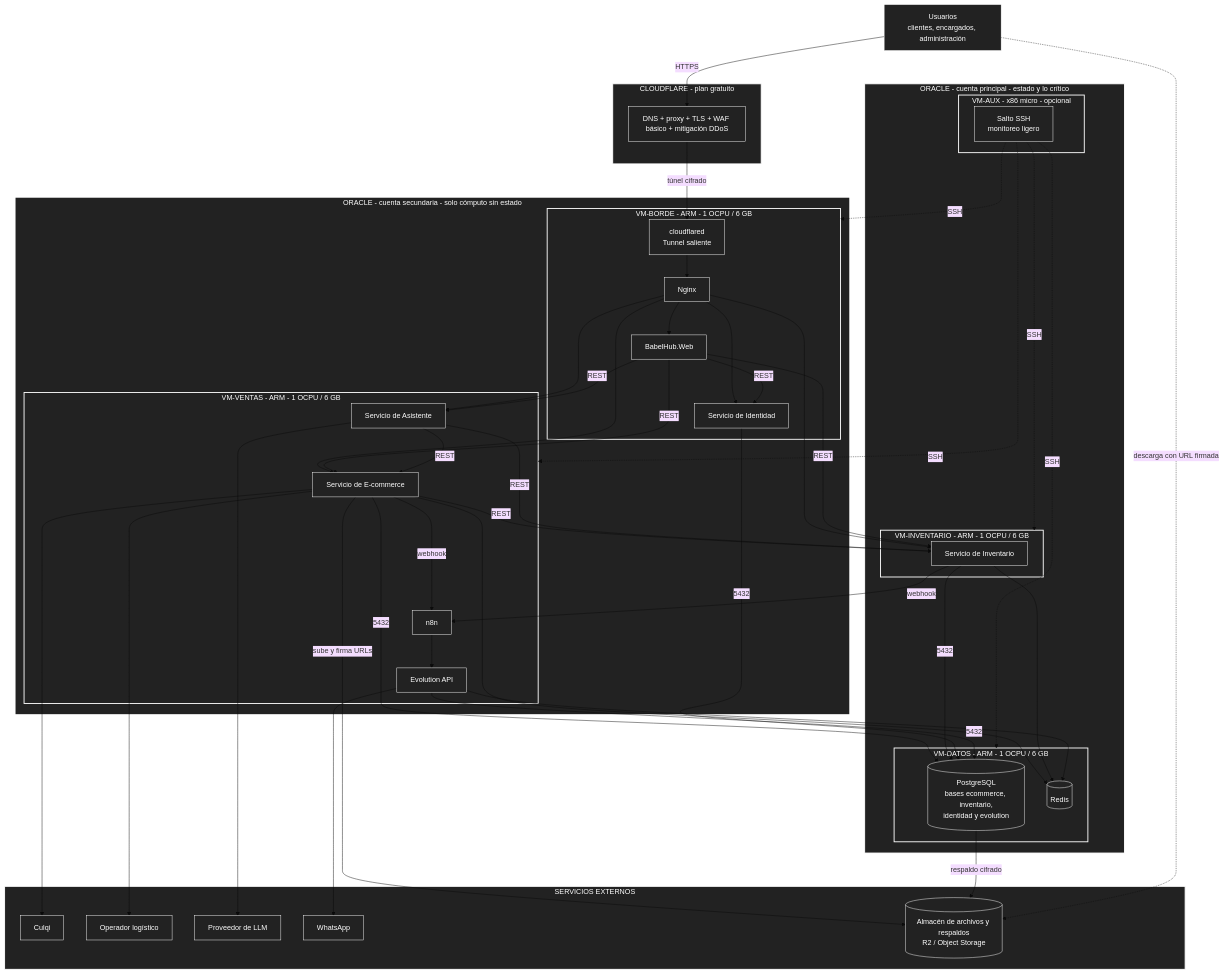
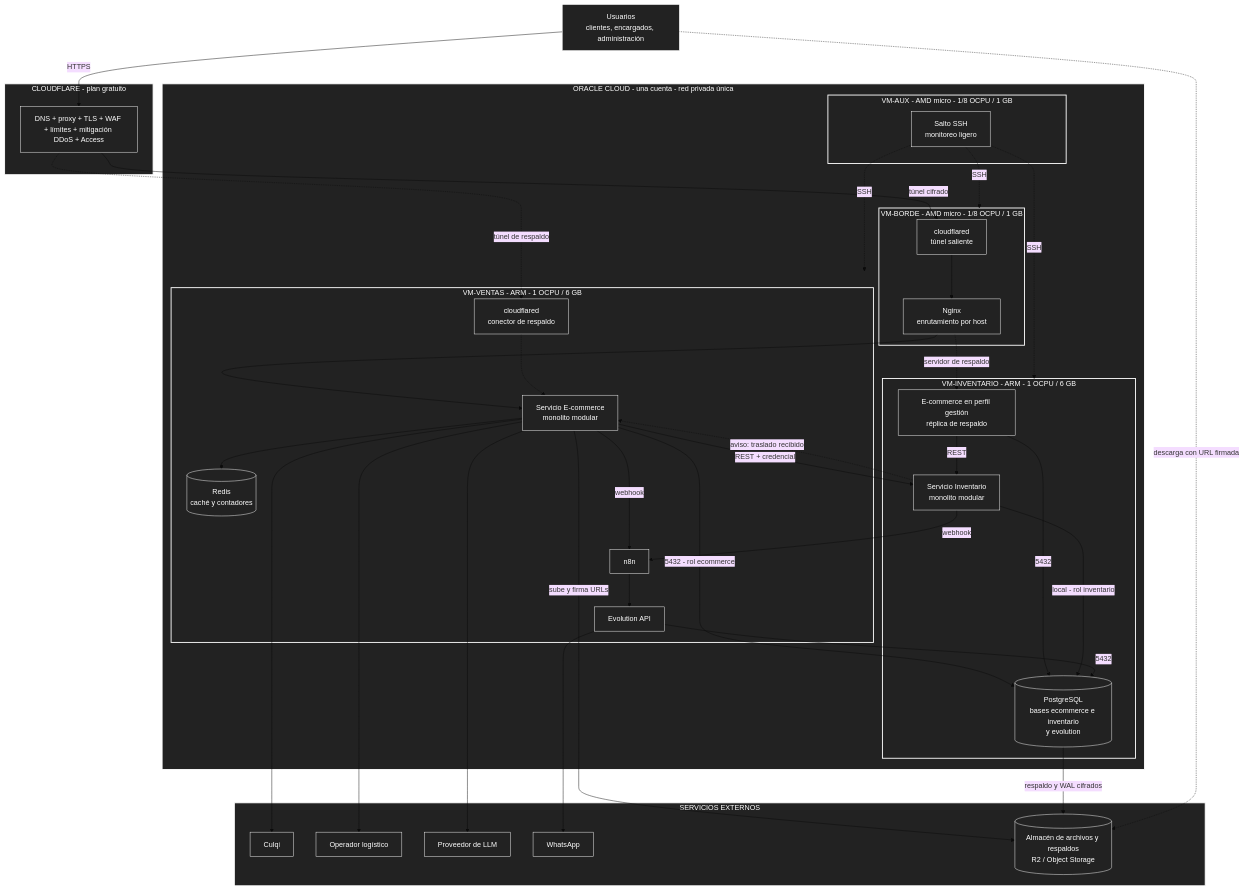
One commit to P35C4D0R4B1050/BabelHub changed the diagram in docs/02-arquitectura-de-software/05-despliegue.md. Above: the diagram before and after it, drawn with Mermaid (base theme). The commit also changed other lines of this file and 34 other files, not shown here.

First line of the commit message:
docs: reformulate the architecture around two modular services and six quality attributes

```diff
--- a/docs/02-arquitectura-de-software/05-despliegue.md
+++ b/docs/02-arquitectura-de-software/05-despliegue.md
@@ -51,33 +40,27 @@
 USR["Usuarios<br/>clientes, encargados, administración"]
 
 subgraph CF["CLOUDFLARE - plan gratuito"]
-CFE["DNS + proxy + TLS + WAF básico + mitigación DDoS"]
+CFE["DNS + proxy + TLS + WAF + límites + mitigación DDoS + Access"]
 end
 
-subgraph SEC["ORACLE - cuenta secundaria - solo cómputo sin estado"]
-subgraph BOR["VM-BORDE - ARM - 1 OCPU / 6 GB"]
-CFD["cloudflared<br/>Tunnel saliente"]
-NGX["Nginx"]
-WEB["BabelHub.Web"]
-IDE["Servicio de Identidad"]
+subgraph OCI["ORACLE CLOUD - una cuenta - red privada única"]
+subgraph BOR["VM-BORDE - AMD micro - 1/8 OCPU / 1 GB"]
+CFD["cloudflared<br/>túnel saliente"]
+NGX["Nginx<br/>enrutamiento por host"]
 end
 subgraph VEN["VM-VENTAS - ARM - 1 OCPU / 6 GB"]
-ECO["Servicio de E-commerce"]
-ASI["Servicio de Asistente"]
+ECO["Servicio E-commerce<br/>monolito modular"]
+RED[("Redis<br/>caché y contadores")]
 N8N["n8n"]
 EVO["Evolution API"]
+CFD2["cloudflared<br/>conector de respaldo"]
 end
+subgraph INVM["VM-INVENTARIO - ARM - 1 OCPU / 6 GB"]
+INV["Servicio Inventario<br/>monolito modular"]
+GES["E-commerce en perfil gestión<br/>réplica de respaldo"]
+PG[("PostgreSQL<br/>bases ecommerce e inventario<br/>y evolution")]
 end
-
-subgraph PRI["ORACLE - cuenta principal - estado y lo crítico"]
-subgraph INVM["VM-INVENTARIO - ARM - 1 OCPU / 6 GB"]
-INV["Servicio de Inventario"]
-end
-subgraph DAT["VM-DATOS - ARM - 1 OCPU / 6 GB"]
-PG[("PostgreSQL<br/>bases ecommerce, inventario,<br/>identidad y evolution")]
-RED[("Redis")]
-end
-subgraph AUX["VM-AUX - x86 micro - opcional"]
+subgraph AUX["VM-AUX - AMD micro - 1/8 OCPU / 1 GB"]
 BAS["Salto SSH<br/>monitoreo ligero"]
 end
 end
@@ -92,63 +75,52 @@
 
 USR -->|"HTTPS"| CFE
 CFE -->|"túnel cifrado"| CFD
+CFE -.->|"túnel de respaldo"| CFD2
 CFD --> NGX
-NGX --> WEB
 NGX --> ECO
-NGX --> INV
-NGX --> IDE
-NGX --> ASI
-WEB -->|"REST"| ECO
-WEB -->|"REST"| INV
-WEB -->|"REST"| IDE
-WEB -->|"REST"| ASI
-ECO -->|"REST"| INV
-ASI -->|"REST"| ECO
-ASI -->|"REST"| INV
-ECO -->|"5432"| PG
-INV -->|"5432"| PG
-IDE -->|"5432"| PG
+NGX -.->|"servidor de respaldo"| GES
+CFD2 -.-> ECO
+ECO -->|"REST + credencial"| INV
+GES -->|"REST"| INV
+INV -.->|"aviso: traslado recibido"| ECO
+ECO -->|"5432 - rol ecommerce"| PG
+GES -->|"5432"| PG
+INV -->|"local - rol inventario"| PG
 EVO -->|"5432"| PG
 ECO --> RED
-INV --> RED
-EVO --> RED
 ECO -->|"webhook"| N8N
 INV -->|"webhook"| N8N
 N8N --> EVO
 EVO --> WA
 ECO -->|"sube y firma URLs"| ALM
-PG -->|"respaldo cifrado"| ALM
+PG -->|"respaldo y WAL cifrados"| ALM
 USR -.->|"descarga con URL firmada"| ALM
 ECO --> PAG
 ECO --> ENV
-ASI --> LLM
+ECO --> LLM
 BAS -.->|"SSH"| BOR
 BAS -.->|"SSH"| VEN
 BAS -.->|"SSH"| INVM
-BAS -.->|"SSH"| DAT
 
 style CF fill:#222,stroke:#fff,stroke-width:2px,color:#fff
-style SEC fill:#222,stroke:#fff,stroke-width:2px,color:#fff
-style PRI fill:#222,stroke:#fff,stroke-width:2px,color:#fff
+style OCI fill:#222,stroke:#fff,stroke-width:2px,color:#fff
 style BOR fill:#222,stroke:#fff,stroke-width:2px,color:#fff
 style VEN fill:#222,stroke:#fff,stroke-width:2px,color:#fff
 style INVM fill:#222,stroke:#fff,stroke-width:2px,color:#fff
-style DAT fill:#222,stroke:#fff,stroke-width:2px,color:#fff
 style AUX fill:#222,stroke:#fff,stroke-width:2px,color:#fff
 style EXT fill:#222,stroke:#fff,stroke-width:2px,color:#fff
 style USR fill:#222,stroke:#fff,color:#fff
 style CFE fill:#222,stroke:#fff,color:#fff
 style CFD fill:#222,stroke:#fff,color:#fff
+style CFD2 fill:#222,stroke:#fff,color:#fff
 style NGX fill:#222,stroke:#fff,color:#fff
-style WEB fill:#222,stroke:#fff,color:#fff
+style ECO fill:#222,stroke:#fff,color:#fff
+style GES fill:#222,stroke:#fff,color:#fff
+style INV fill:#222,stroke:#fff,color:#fff
 style N8N fill:#222,stroke:#fff,color:#fff
 style EVO fill:#222,stroke:#fff,color:#fff
 style WA fill:#222,stroke:#fff,color:#fff
 style ALM fill:#222,stroke:#fff,color:#fff
-style ECO fill:#222,stroke:#fff,color:#fff
-style INV fill:#222,stroke:#fff,color:#fff
-style IDE fill:#222,stroke:#fff,color:#fff
-style ASI fill:#222,stroke:#fff,color:#fff
 style RED fill:#222,stroke:#fff,color:#fff
 style PG fill:#222,stroke:#fff,color:#fff
 style BAS fill:#222,stroke:#fff,color:#fff
```
